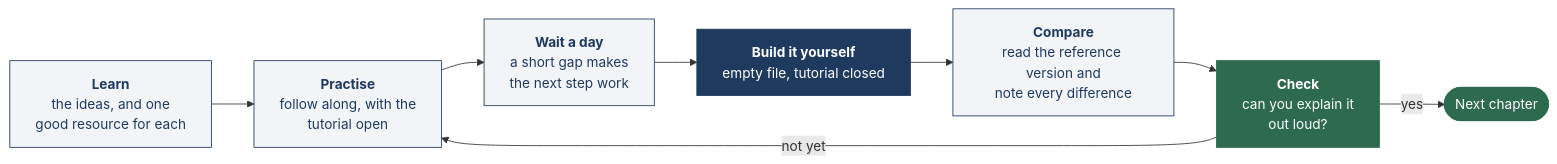
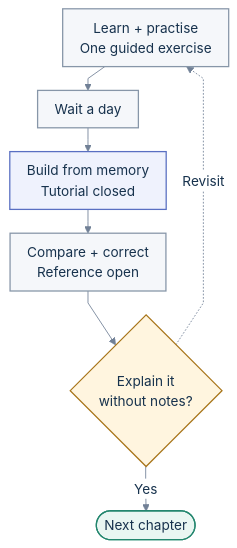
One commit to santoshshinde2012/ai-ml-ground-truth changed the third of 3 diagrams in README.md. Above: the diagram before and after it, drawn with Mermaid. The commit also changed other lines of this file and 23 other files, not shown here.

````diff
--- a/README.md
+++ b/README.md
@@ -319,21 +281,24 @@
 ```mermaid
-flowchart LR
-    L["<b>Learn</b><br/>the ideas, and one<br/>good resource for each"]
-    P["<b>Practise</b><br/>follow along, with the<br/>tutorial open"]
-    W["<b>Wait a day</b><br/>a short gap makes<br/>the next step work"]
-    B["<b>Build it yourself</b><br/>empty file, tutorial closed"]
-    D["<b>Compare</b><br/>read the reference version and<br/>note every difference"]
-    C["<b>Check</b><br/>can you explain it<br/>out loud?"]
+%%{init: {"theme":"base","themeVariables":{"fontFamily":"Arial, sans-serif","fontSize":"16px","textColor":"#17324D","primaryColor":"#F5F7FA","primaryTextColor":"#17324D","primaryBorderColor":"#8796A8","lineColor":"#718096","secondaryColor":"#EFF6FF","tertiaryColor":"#E9F6F2","clusterBkg":"#F8FAFC","clusterBorder":"#D6DEE8","edgeLabelBackground":"#FFFFFF"},"flowchart":{"htmlLabels":true,"nodeSpacing":18,"rankSpacing":28,"curve":"linear","padding":10,"subGraphTitleMargin":{"top":8,"bottom":12}}}}%%
+flowchart TB
+    accTitle: The learning loop used in each chapter
+    accDescr: Learn and practise with a reference, wait a day, build with the tutorial closed, compare and correct, then explain from memory. Revisit the exercise if you cannot explain it.
+    L["Learn + practise<br/>One guided exercise"]
+    W["Wait a day"]
+    B["Build from memory<br/>Tutorial closed"]
+    R["Compare + correct<br/>Reference open"]
+    C{"Explain it<br/>without notes?"}
     N(["Next chapter"])
-
-    L --> P --> W --> B --> D --> C
-    C -->|yes| N
-    C -->|not yet| P
-
-    classDef box fill:#f2f4f7,stroke:#1f3a5f,color:#1f3a5f
-    classDef build fill:#1f3a5f,stroke:#1f3a5f,color:#ffffff
-    classDef done fill:#2d6a4f,stroke:#2d6a4f,color:#ffffff
-    class L,P,W,D box
-    class B build
-    class C,N done
+    L --> W --> B --> R --> C
+    C -->|Yes| N
+    C -.->|Revisit| L
+    classDef data fill:#EFF6FF,stroke:#3973AC,color:#17324D,stroke-width:1.5px
+    classDef model fill:#EFF2FD,stroke:#596FC2,color:#17324D,stroke-width:1.5px
+    classDef decision fill:#FFF5DF,stroke:#A8751A,color:#17324D,stroke-width:1.5px
+    classDef action fill:#E9F6F2,stroke:#23866E,color:#17324D,stroke-width:1.5px
+    classDef neutral fill:#F5F7FA,stroke:#8796A8,color:#17324D,stroke-width:1.5px
+    class L,W,R neutral
+    class B model
+    class C decision
+    class N action
 ```
````
